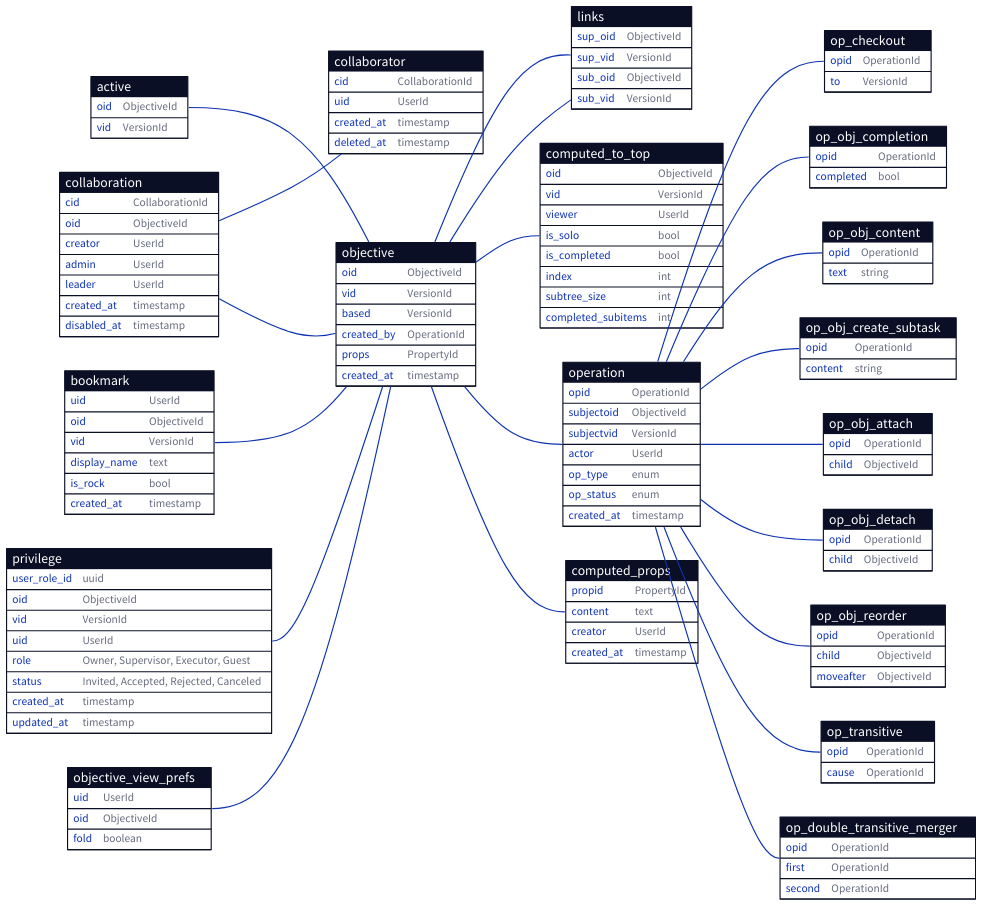
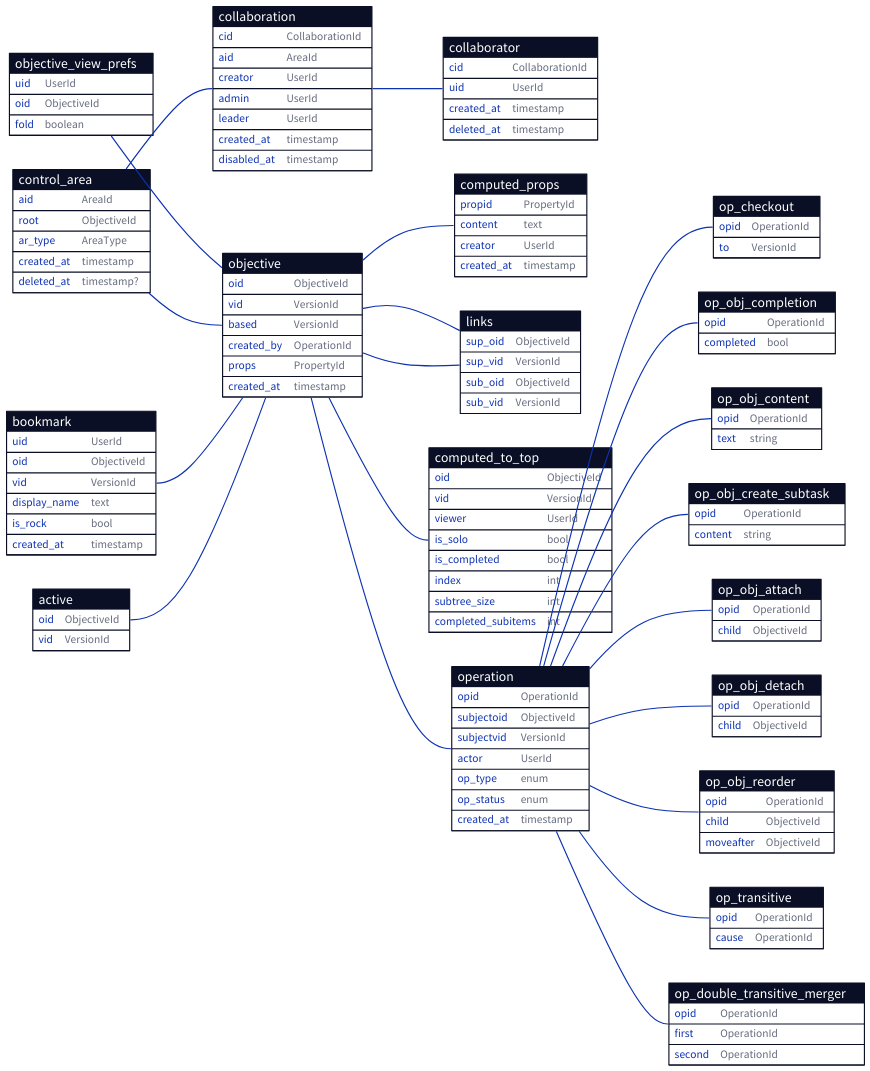
One commit to ufukty/logbook changed the diagram in docs/database/simplified.d2. Above: the diagram before and after it, drawn with D2. The commit also changed 2 other files, not shown here.

```diff
--- a/docs/database/simplified.d2
+++ b/docs/database/simplified.d2
@@ -16,11 +16,22 @@
   created_at: timestamp
 }
 
+control_area: {
+  shape: sql_table
+
+  aid: AreaId
+  root: ObjectiveId
+  ar_type: AreaType
+
+  created_at: timestamp
+  deleted_at: timestamp?
+}
+
 collaboration: {
   shape: sql_table
 
   cid: CollaborationId
-  oid: ObjectiveId
+  aid: AreaId
   
   creator: UserId
   admin: UserId
@@ -38,19 +49,6 @@
 
   created_at: timestamp
   deleted_at: timestamp
-}
-
-privilege: {
-  shape: sql_table
-
-  user_role_id: uuid
-  oid: ObjectiveId
-  vid: VersionId
-  uid: UserId
-  role: "Owner, Supervisor, Executor, Guest"
-  status: "Invited, Accepted, Rejected, Canceled"
-  created_at: timestamp
-  updated_at: timestamp
 }
 
 objective: {
@@ -72,7 +70,6 @@
   oid: ObjectiveId
   fold: boolean
 }
-
 
 # cached from operations to reduce view build duration
 # separately versioned from the objective to detach it from privilege and collaboration config changes
@@ -199,16 +196,13 @@
 # a bookmark points to a root node of a work tree
 bookmark.oid -- objective.oid
 
+control_area.root -- objective.oid
+control_area.aid -- collaboration.aid
 collaboration.cid -- collaborator.cid
-collaboration.oid -- objective.oid
-
-# Any task with custom privilege hand.can have owner/viewers/executors
-privilege.oid -- objective.oid
 
 objective_view_prefs.oid -- objective.oid
 
 objective.oid -- links.sup_oid
-
 objective.oid -- links.sub_oid
 
 objective.oid -- computed_to_top.oid
```
